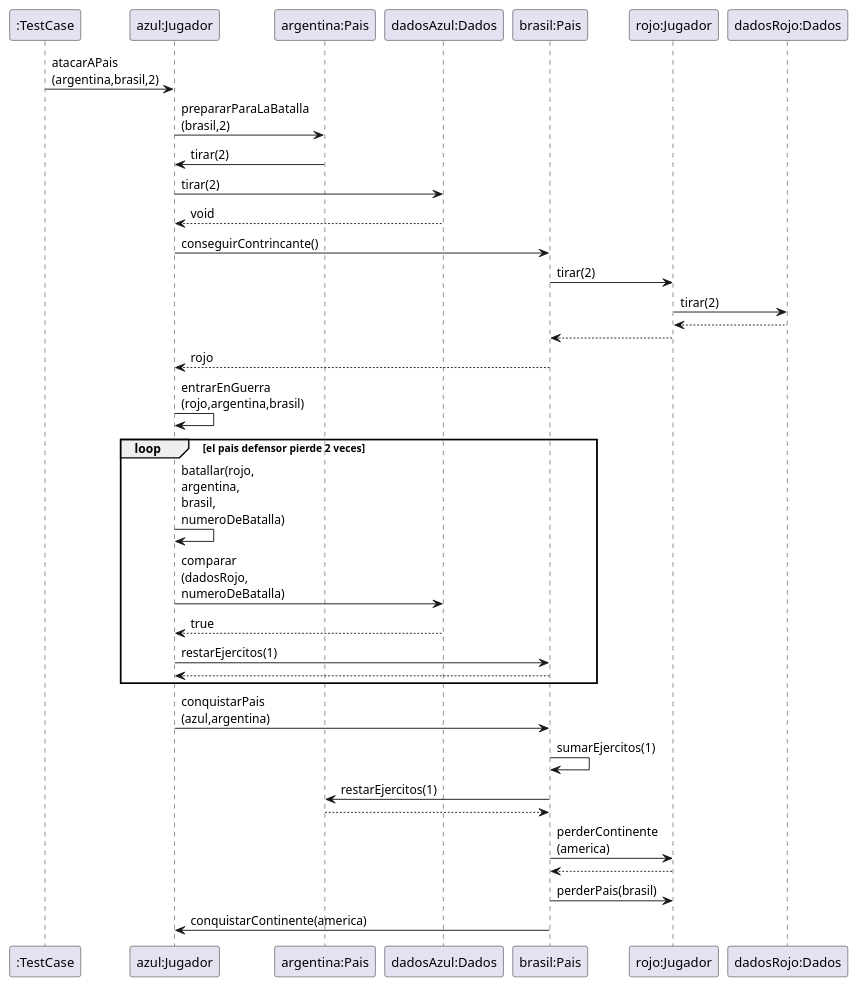
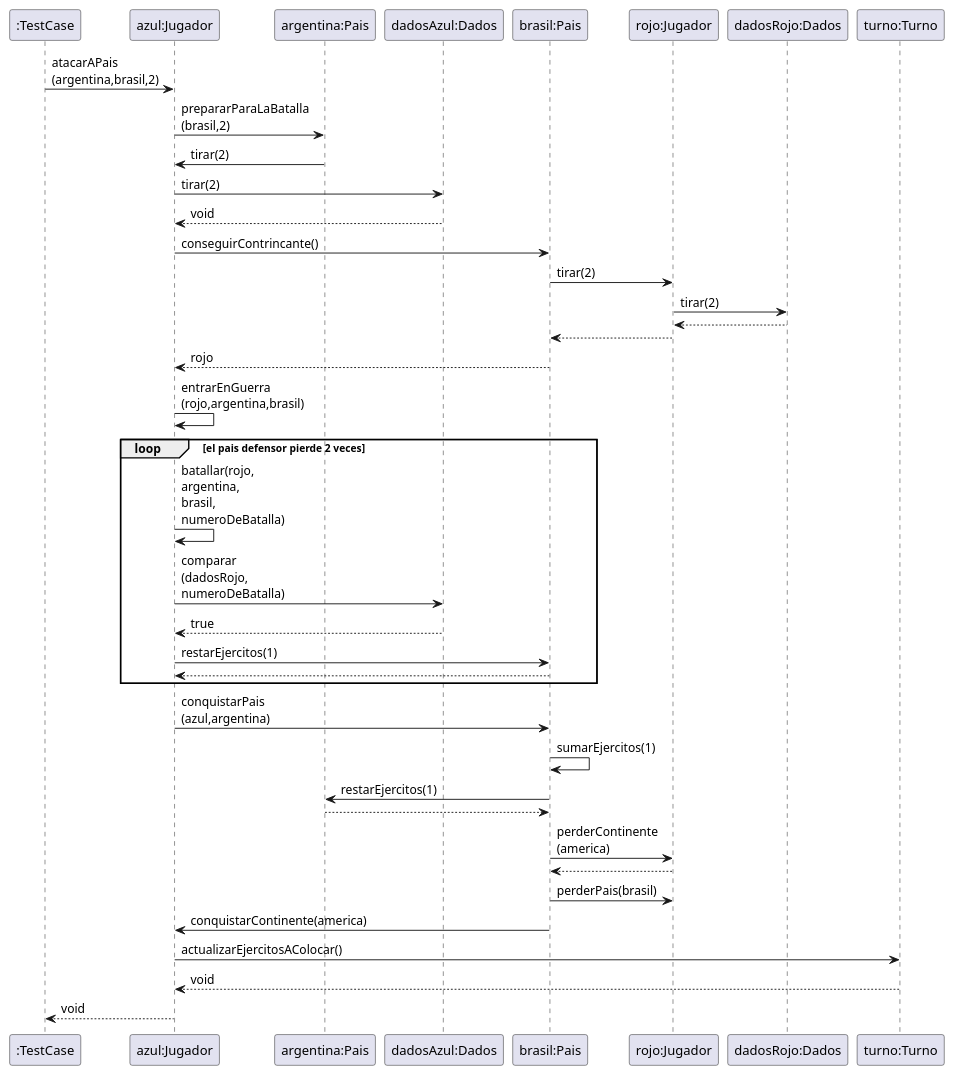
The diagram in Diagramas UML/Secuencia/atacar pais y conquistarlo.puml (Manu-jesus/Algo3_Tp2_TEG), drawn with PlantUML before and after one commit.

Commit message:
ACTUALIZACION de diagrama

```diff
--- a/Diagramas UML/Secuencia/atacar pais y conquistarlo.puml
+++ b/Diagramas UML/Secuencia/atacar pais y conquistarlo.puml
@@ -1,37 +1,39 @@
 @startuml
 skinparam maxmessagesize 20
 
 ":TestCase" -> "azul:Jugador" : atacarAPais (argentina,brasil,2)
 
 "azul:Jugador" -> "argentina:Pais" : prepararParaLaBatalla (brasil,2)
 "argentina:Pais" -> "azul:Jugador" : tirar(2)
 "azul:Jugador" -> "dadosAzul:Dados" : tirar(2)
 "dadosAzul:Dados" --> "azul:Jugador" : void
 
 "azul:Jugador" -> "brasil:Pais" : conseguirContrincante()
 "brasil:Pais" -> "rojo:Jugador" : tirar(2)
 "rojo:Jugador" -> "dadosRojo:Dados" : tirar(2)
 "dadosRojo:Dados" --> "rojo:Jugador":
 "rojo:Jugador" --> "brasil:Pais":
 
 "brasil:Pais" --> "azul:Jugador" : rojo
 "azul:Jugador" -> "azul:Jugador" : entrarEnGuerra (rojo,argentina,brasil)
 
 loop el pais defensor pierde 2 veces
     "azul:Jugador" -> "azul:Jugador" : batallar(rojo, argentina, brasil, numeroDeBatalla)
     "azul:Jugador" -> "dadosAzul:Dados" : comparar (dadosRojo, numeroDeBatalla)
     "dadosAzul:Dados" --> "azul:Jugador" : true
     "azul:Jugador" -> "brasil:Pais" : restarEjercitos(1)
     "brasil:Pais" --> "azul:Jugador":
     end
 "azul:Jugador" -> "brasil:Pais" : conquistarPais (azul,argentina)
 
 "brasil:Pais" -> "brasil:Pais" : sumarEjercitos(1)
 "brasil:Pais" -> "argentina:Pais" : restarEjercitos(1)
 "argentina:Pais" --> "brasil:Pais":
 "brasil:Pais" -> "rojo:Jugador" : perderContinente (america)
 "rojo:Jugador" --> "brasil:Pais":
 "brasil:Pais" -> "rojo:Jugador" : perderPais(brasil)
 "brasil:Pais" -> "azul:Jugador" : conquistarContinente(america)
-
+"azul:Jugador" -> "turno:Turno": actualizarEjercitosAColocar()
+"turno:Turno" --> "azul:Jugador": void
+"azul:Jugador" --> ":TestCase": void
 @enduml
```
